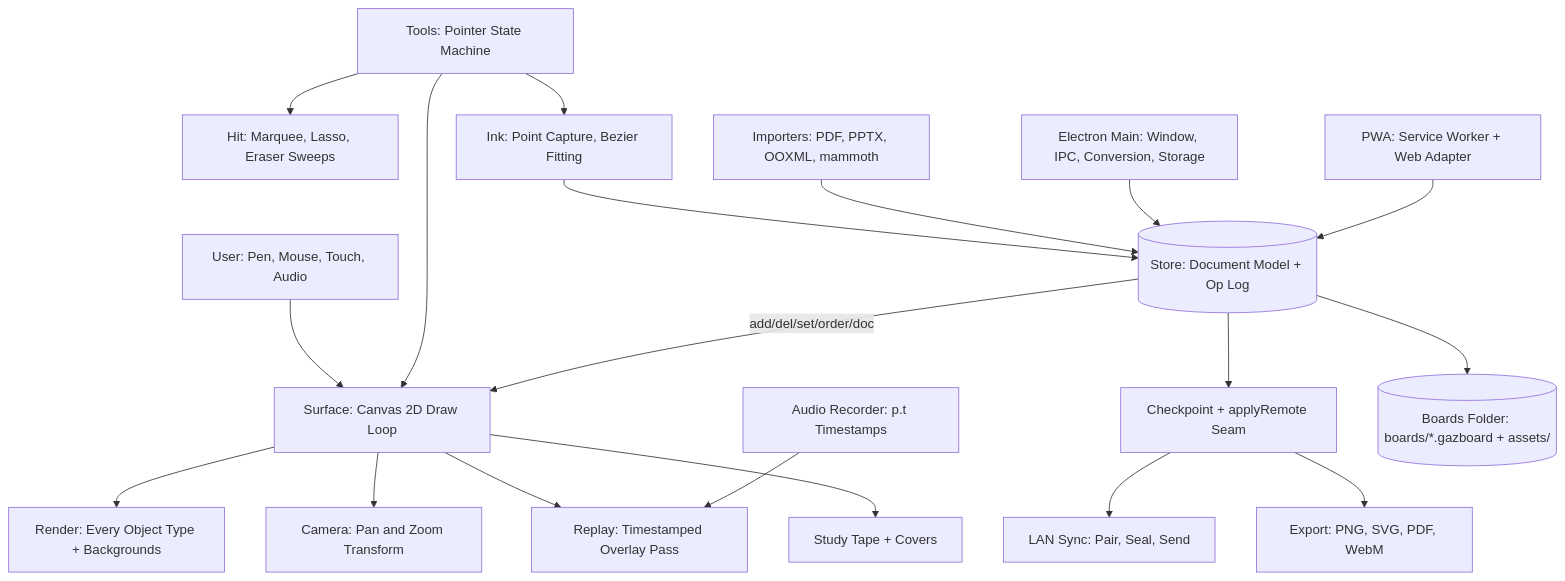
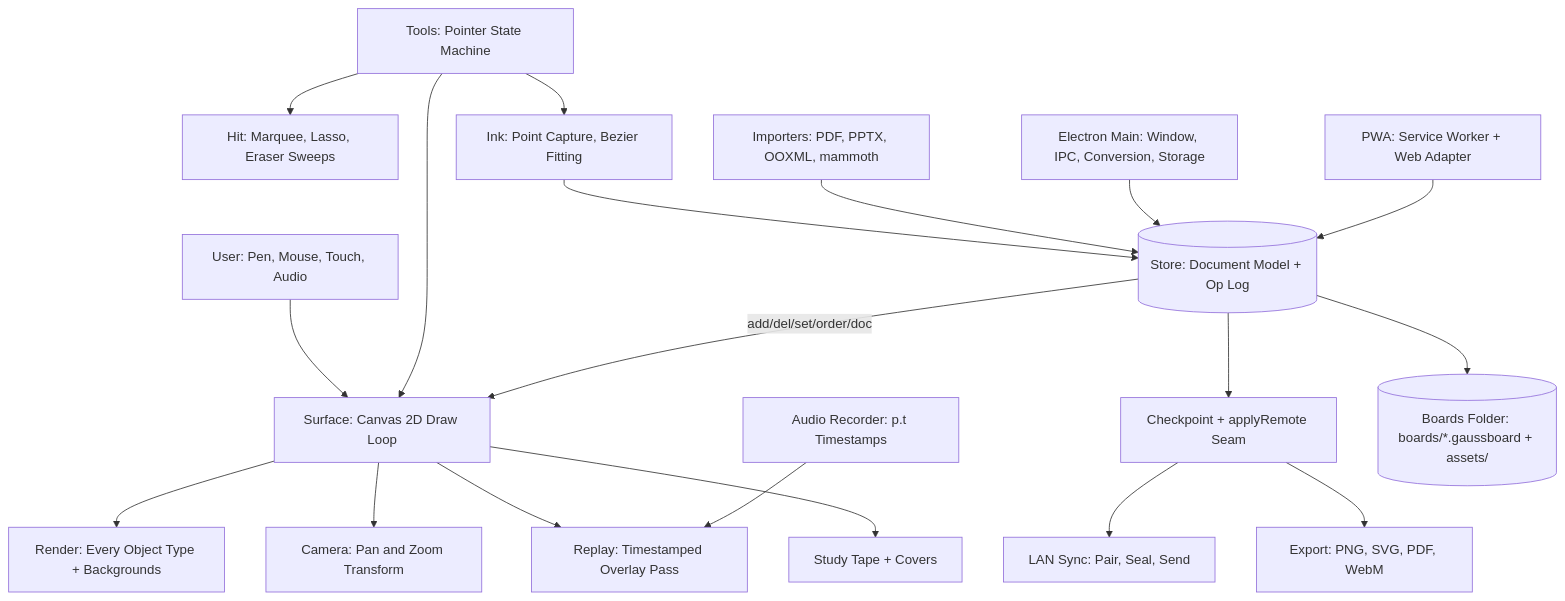
Before and after one commit to Mostakim2005/gaussboard-rust-port: the first of 8 diagrams in docs/ARCHITECTURE.md, drawn with Mermaid.

Commit message:
docs(architecture): clarify .gaussboard as primary document container format

````diff
--- a/docs/ARCHITECTURE.md
+++ b/docs/ARCHITECTURE.md
@@ -5,21 +5,21 @@
 ```mermaid
 flowchart TB
     User[User: Pen, Mouse, Touch, Audio] --> Surface[Surface: Canvas 2D Draw Loop]
     Surface --> Render[Render: Every Object Type + Backgrounds]
     Surface --> Camera[Camera: Pan and Zoom Transform]
     Tools[Tools: Pointer State Machine] --> Surface
     Tools --> Hit[Hit: Marquee, Lasso, Eraser Sweeps]
     Tools --> Ink[Ink: Point Capture, Bezier Fitting]
     Ink --> Store[(Store: Document Model + Op Log)]
     Store -->|add/del/set/order/doc| Surface
     Store --> Checkpoint[Checkpoint + applyRemote Seam]
     Checkpoint --> LAN[LAN Sync: Pair, Seal, Send]
     Checkpoint --> Export[Export: PNG, SVG, PDF, WebM]
     Surface --> Replay[Replay: Timestamped Overlay Pass]
     Audio[Audio Recorder: p.t Timestamps] --> Replay
     Surface --> Study[Study Tape + Covers]
     Import[Importers: PDF, PPTX, OOXML, mammoth] --> Store
     ElectronMain[Electron Main: Window, IPC, Conversion, Storage] --> Store
-    Store --> Boards[(Boards Folder: boards/*.gazboard + assets/)]
+    Store --> Boards[(Boards Folder: boards/*.gaussboard + assets/)]
     PWA[PWA: Service Worker + Web Adapter] --> Store
 ```
````
